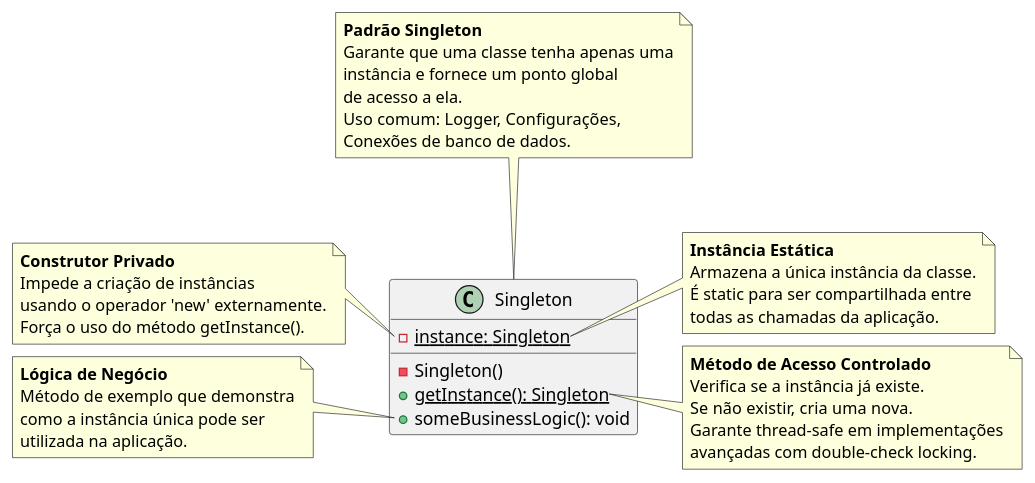
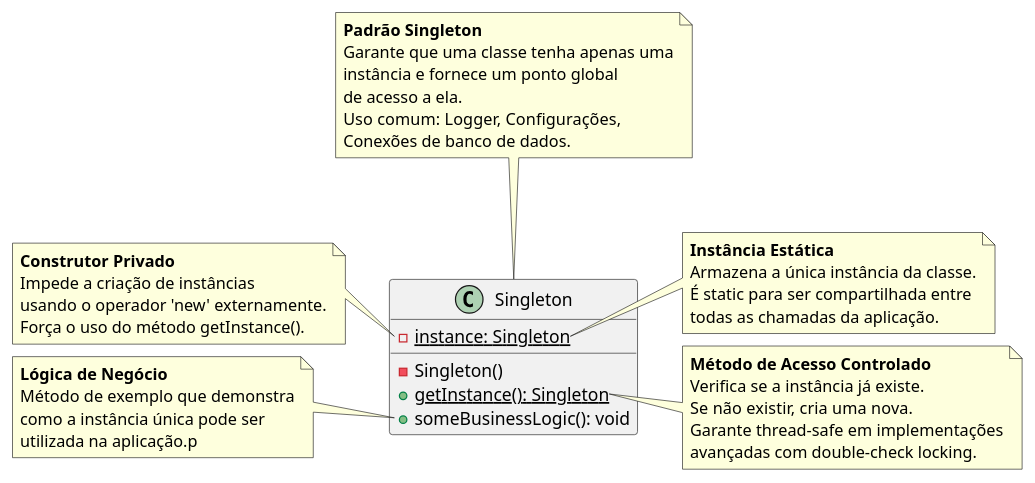
One commit to jhonieldorschulz/ts-project changed the diagram in src/model/design_patterns/creational_patterns/singleton/singleton_modeling.puml. Above: the diagram before and after it, drawn with PlantUML. The commit also changed 138 other files, not shown here.

```diff
--- a/src/model/design_patterns/creational_patterns/singleton/singleton_modeling.puml
+++ b/src/model/design_patterns/creational_patterns/singleton/singleton_modeling.puml
@@ -1,49 +1,49 @@
 @startuml
 ' !theme plain
 
 class Singleton {
   {static} - instance: Singleton
   - Singleton()
   + {static} getInstance(): Singleton
   + someBusinessLogic(): void
 }
 
 note top of Singleton
   **Padrão Singleton**
   Garante que uma classe tenha apenas uma
   instância e fornece um ponto global
   de acesso a ela.
   Uso comum: Logger, Configurações,
   Conexões de banco de dados.
 end note
 
 note right of Singleton::instance
   **Instância Estática**
   Armazena a única instância da classe.
   É static para ser compartilhada entre
   todas as chamadas da aplicação.
 end note
 
 note left of Singleton::Singleton
   **Construtor Privado**
   Impede a criação de instâncias
   usando o operador 'new' externamente.
   Força o uso do método getInstance().
 end note
 
 note right of Singleton::getInstance
   **Método de Acesso Controlado**
   Verifica se a instância já existe.
   Se não existir, cria uma nova.
   Garante thread-safe em implementações
   avançadas com double-check locking.
 end note
 
 note left of Singleton::someBusinessLogic
   **Lógica de Negócio**
   Método de exemplo que demonstra
   como a instância única pode ser
-  utilizada na aplicação.
+  utilizada na aplicação.p
 end note
 
 @enduml
```
